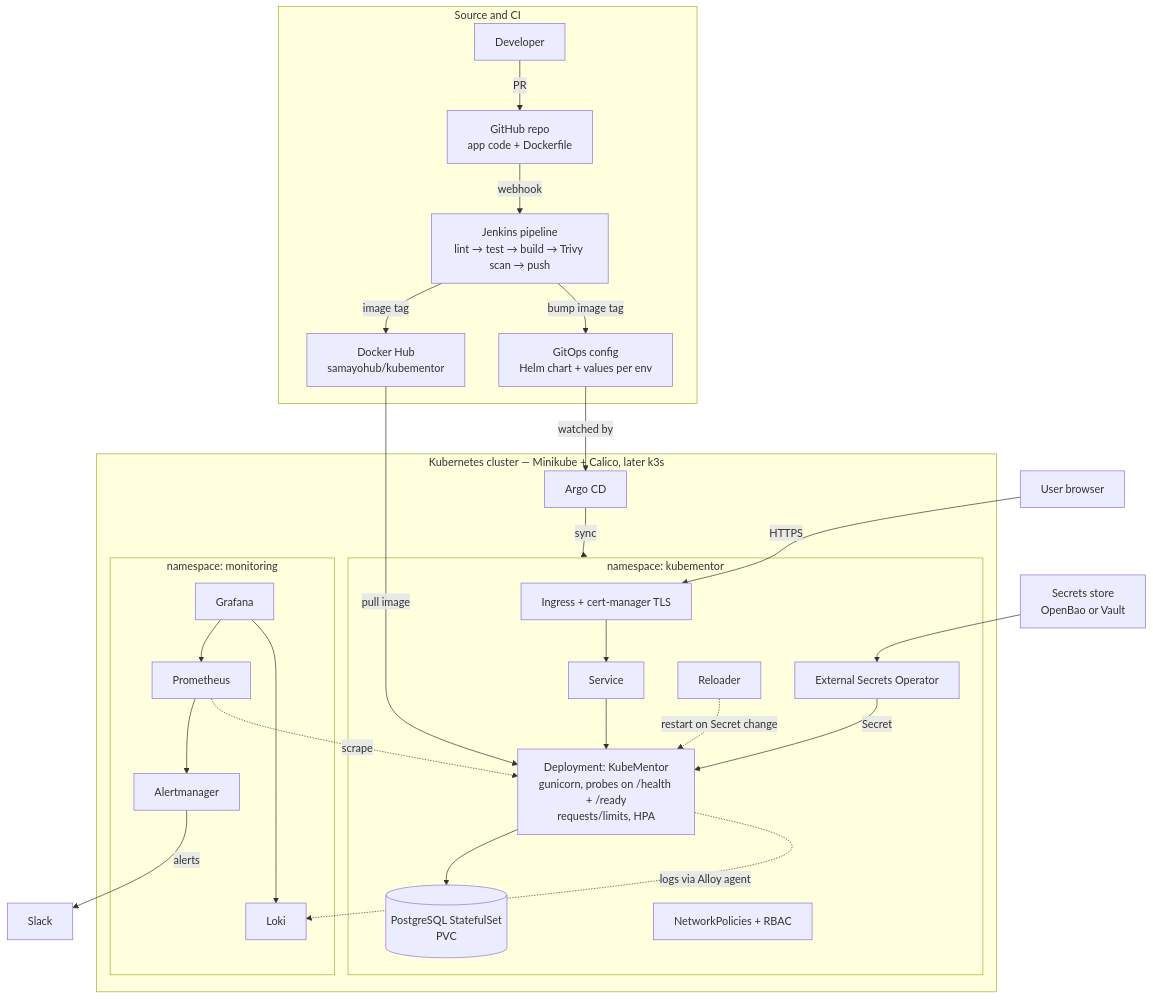
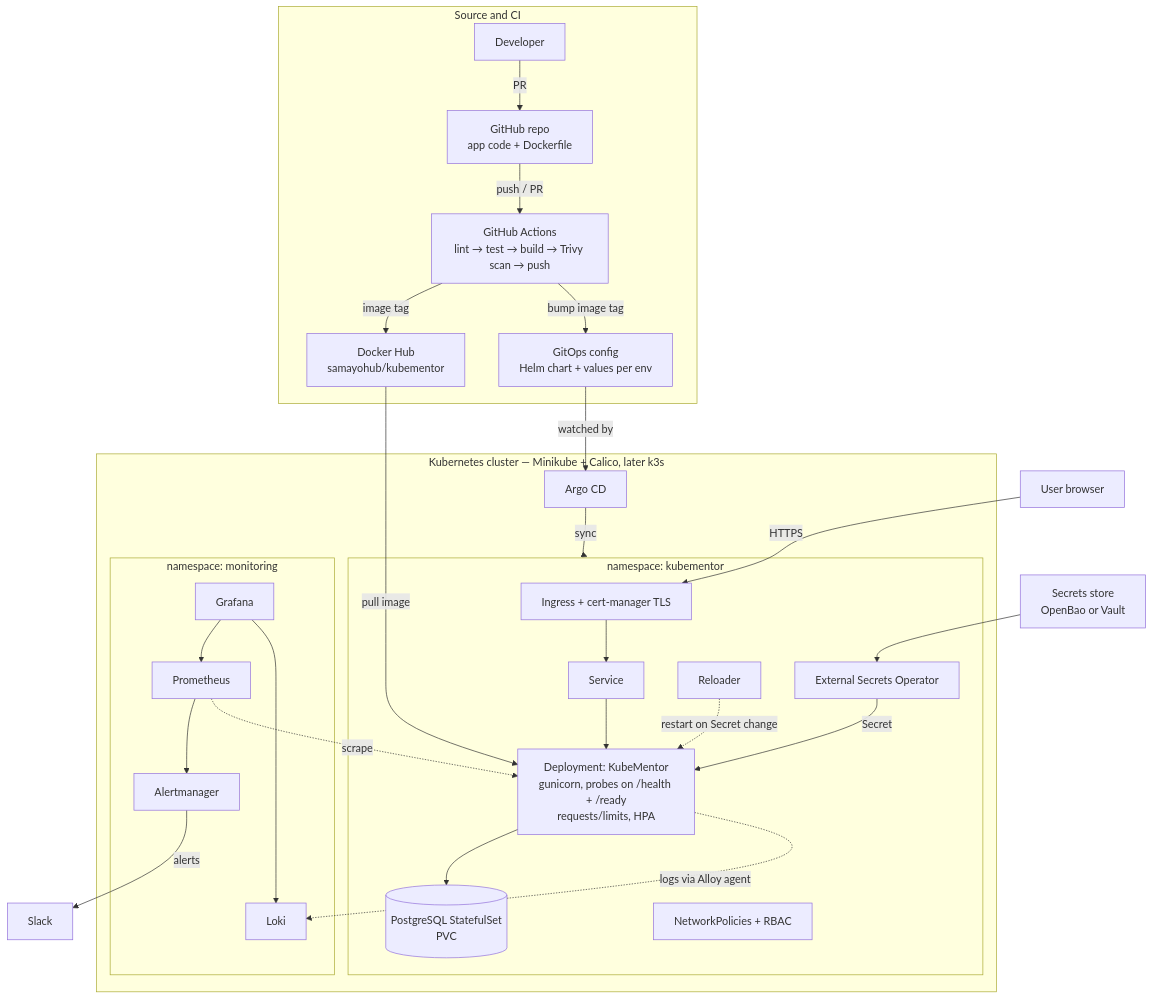
Before and after one commit to s12samola-wft/kubementor: the second of 3 diagrams in docs/architecture.md, drawn with Mermaid. The commit also changed other lines of this file and 2 other files, not shown here.

Commit message:
docs: switch CI from Jenkins to GitHub Actions, keep Jenkins as a lab

````diff
--- a/docs/architecture.md
+++ b/docs/architecture.md
@@ -42,36 +42,36 @@
 ```mermaid
 flowchart TB
     subgraph SRC["Source and CI"]
         devp["Developer"] -->|PR| repo["GitHub repo<br/>app code + Dockerfile"]
-        repo -->|webhook| jenkins["Jenkins pipeline<br/>lint → test → build → Trivy scan → push"]
-        jenkins -->|image tag| reg["Docker Hub<br/>samayohub/kubementor"]
-        jenkins -->|bump image tag| gitops["GitOps config<br/>Helm chart + values per env"]
+        repo -->|push / PR| gha["GitHub Actions<br/>lint → test → build → Trivy scan → push"]
+        gha -->|image tag| reg["Docker Hub<br/>samayohub/kubementor"]
+        gha -->|bump image tag| gitops["GitOps config<br/>Helm chart + values per env"]
     end
 
     subgraph K8S["Kubernetes cluster — Minikube + Calico, later k3s"]
         argo["Argo CD"] -->|sync| ns
         subgraph ns["namespace: kubementor"]
             ing["Ingress + cert-manager TLS"] --> svc["Service"]
             svc --> deploy["Deployment: KubeMentor<br/>gunicorn, probes on /health + /ready<br/>requests/limits, HPA"]
             deploy --> db[("PostgreSQL StatefulSet<br/>PVC")]
             eso["External Secrets Operator"] -->|Secret| deploy
             reloader["Reloader"] -.->|restart on Secret change| deploy
             np["NetworkPolicies + RBAC"]
         end
         subgraph obs["namespace: monitoring"]
             prom["Prometheus"] --> am["Alertmanager"]
             loki["Loki"]
             graf["Grafana"]
         end
         prom -.->|scrape| deploy
         deploy -.->|logs via Alloy agent| loki
         graf --> prom
         graf --> loki
     end
 
     gitops -->|watched by| argo
     reg -->|pull image| deploy
     vault["Secrets store<br/>OpenBao or Vault"] --> eso
     am -->|alerts| slack["Slack"]
     user["User browser"] -->|HTTPS| ing
 ```
````
